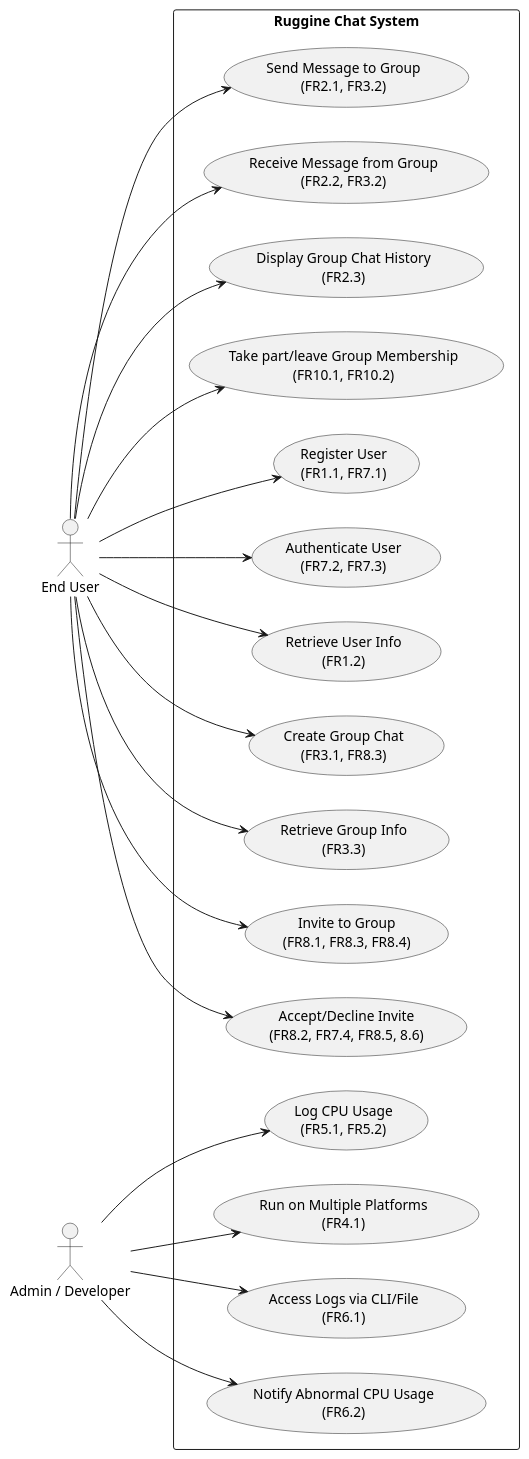
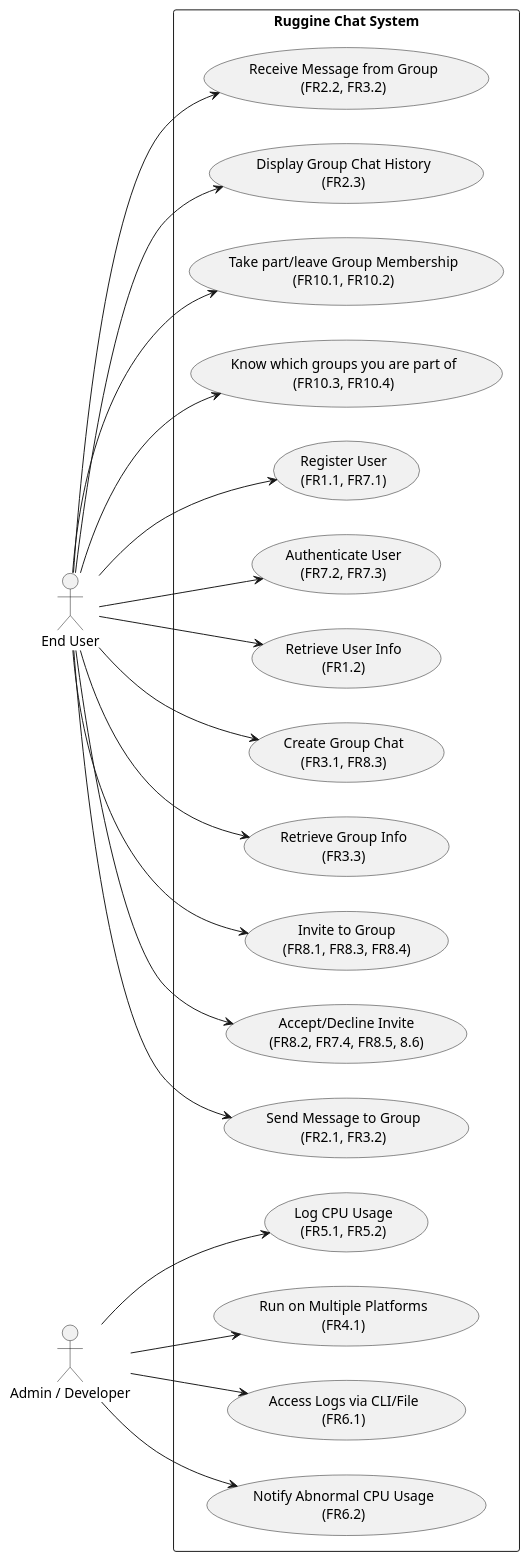
One commit to Enric0-Balb0/ruggine-chat changed the second of 5 diagrams in doc/requirements.md. Above: the diagram before and after it, drawn with PlantUML. The commit also changed other lines of this file and 25 other files, not shown here.

````diff
--- a/doc/requirements.md
+++ b/doc/requirements.md
@@ -162,52 +163,55 @@
 ```plantuml
 @startuml
 left to right direction
 
 actor "End User" as User
 actor "Admin / Developer" as AdminDev
 
 rectangle "Ruggine Chat System" {
   
   usecase "Register User\n(FR1.1, FR7.1)" as UC_Register
   usecase "Authenticate User\n(FR7.2, FR7.3)" as UC_Auth
   usecase "Retrieve User Info\n(FR1.2)" as UC_RetrieveUser
 
   usecase "Create Group Chat\n(FR3.1, FR8.3)" as UC_CreateGroup
   usecase "Retrieve Group Info\n(FR3.3)" as UC_RetrieveGroup
   usecase "Invite to Group\n(FR8.1, FR8.3, FR8.4)" as UC_InviteGroup
   usecase "Accept/Decline Invite\n(FR8.2, FR7.4, FR8.5, 8.6)" as UC_InviteResponse
   
   usecase "Send Message to Group\n(FR2.1, FR3.2)" as UC_SendMsg
   usecase "Receive Message from Group\n(FR2.2, FR3.2)" as UC_ReceiveMsg
   usecase "Display Group Chat History\n(FR2.3)" as UC_DisplayHistory
   
   usecase "Access Logs via CLI/File\n(FR6.1)" as UC_AccessLogs
   usecase "Notify Abnormal CPU Usage\n(FR6.2)" as UC_NotifyCPU
   
   usecase "Log CPU Usage\n(FR5.1, FR5.2)" as UC_LogCPU
   usecase "Run on Multiple Platforms\n(FR4.1)" as UC_CrossPlatform
 
   usecase "Take part/leave Group Membership\n(FR10.1, FR10.2)" as UC_ManageGroup
+
+  usecase "Know which groups you are part of\n(FR10.3, FR10.4)" as UC_PartOfGroup
 }
 
 User --> UC_Register
 User --> UC_Auth
 User --> UC_RetrieveUser
 User --> UC_CreateGroup
 User --> UC_InviteGroup
 User --> UC_InviteResponse
 User --> UC_SendMsg
 User --> UC_ReceiveMsg
 User --> UC_DisplayHistory
 User --> UC_RetrieveGroup
 User --> UC_ManageGroup
+User --> UC_PartOfGroup
 
 AdminDev --> UC_AccessLogs
 AdminDev --> UC_NotifyCPU
 AdminDev --> UC_LogCPU
 AdminDev --> UC_CrossPlatform
 
 @enduml
 
 
 ```
````
